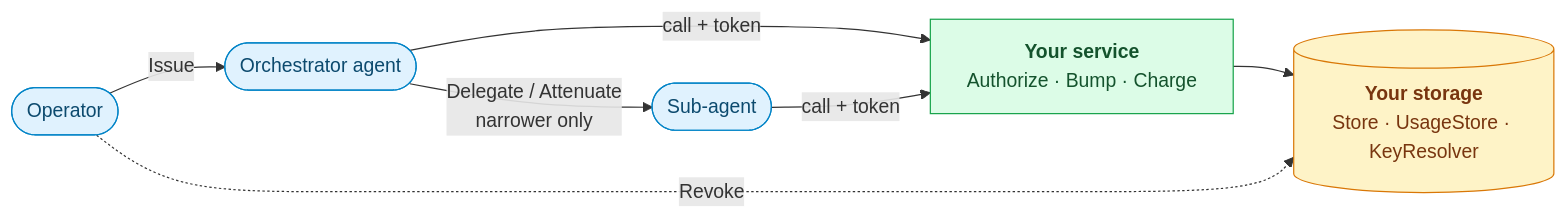
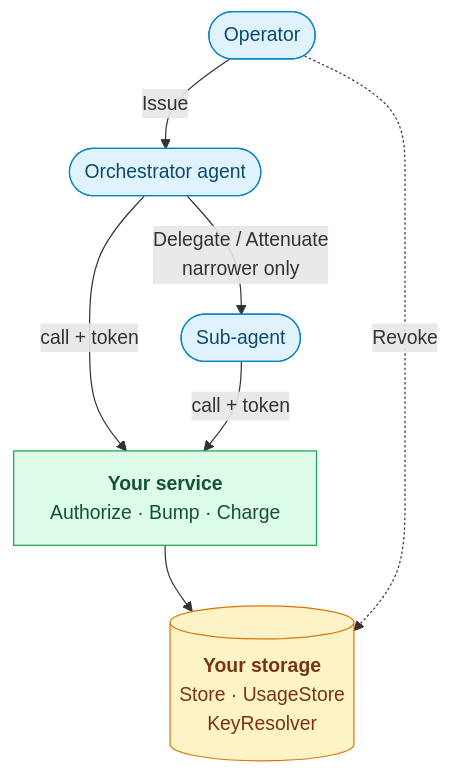
One commit to oleg-tkachuk/limes changed the diagram in README.md. Above: the diagram before and after it, drawn with Mermaid.

Commit message:
docs(readme): lay the overview diagram out top to bottom
Left to right it filled the width, under GitHub's pan and zoom controls.

````diff
--- a/README.md
+++ b/README.md
@@ -27,22 +27,22 @@
 ```mermaid
-flowchart LR
+flowchart TB
     op(["Operator"])
     orch(["Orchestrator agent"])
     worker(["Sub-agent"])
     svc["<b>Your service</b><br/>Authorize · Bump · Charge"]
-    store[("<b>Your storage</b><br/>Store · UsageStore · KeyResolver")]
+    store[("<b>Your storage</b><br/>Store · UsageStore<br/>KeyResolver")]
 
     op -- "Issue" --> orch
     orch -- "Delegate / Attenuate<br/>narrower only" --> worker
     orch -- "call + token" --> svc
     worker -- "call + token" --> svc
     svc --> store
     op -. "Revoke" .-> store
 
     classDef client fill:#E0F2FE,stroke:#0284C7,color:#0C4A6E
     classDef role fill:#DCFCE7,stroke:#16A34A,color:#14532D
     classDef store fill:#FEF3C7,stroke:#D97706,color:#78350F
     class op,orch,worker client
     class svc role
     class store store
 ```
````
